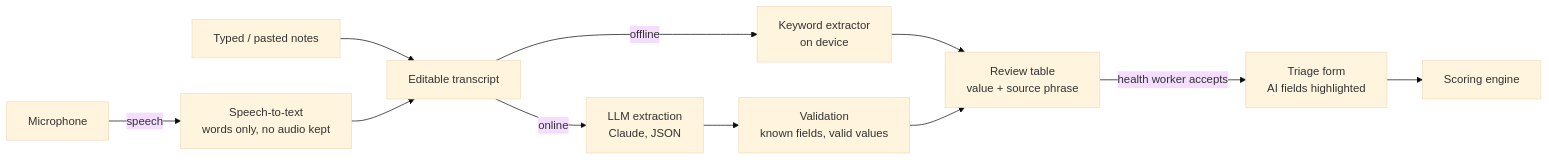
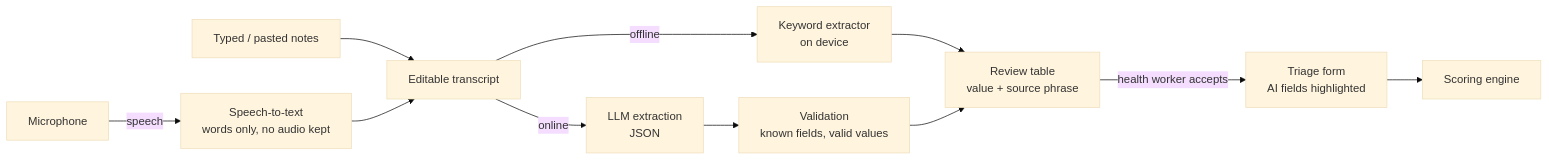
One commit to Brianwanzama/CEPI_BDBV-Digital-Surveillance-Tool changed the second of 2 diagrams in docs/05_system_architecture.md. Above: the diagram before and after it, drawn with Mermaid (base theme). The commit also changed other lines of this file and 43 other files, not shown here.

````diff
--- a/docs/05_system_architecture.md
+++ b/docs/05_system_architecture.md
@@ -92,13 +92,13 @@
 ```mermaid
 flowchart LR
   M[Microphone] -->|speech| STT[Speech-to-text<br/>words only, no audio kept]
   K[Typed / pasted notes] --> T
   STT --> T[Editable transcript]
-  T -->|online| LLM[LLM extraction<br/>Claude, JSON]
+  T -->|online| LLM[LLM extraction<br/>JSON]
   T -->|offline| KW[Keyword extractor<br/>on device]
   LLM --> VAL[Validation<br/>known fields, valid values]
   KW --> REV
   VAL --> REV[Review table<br/>value + source phrase]
   REV -->|health worker accepts| FORM[Triage form<br/>AI fields highlighted]
   FORM --> SCORE[Scoring engine]
 ```
````
